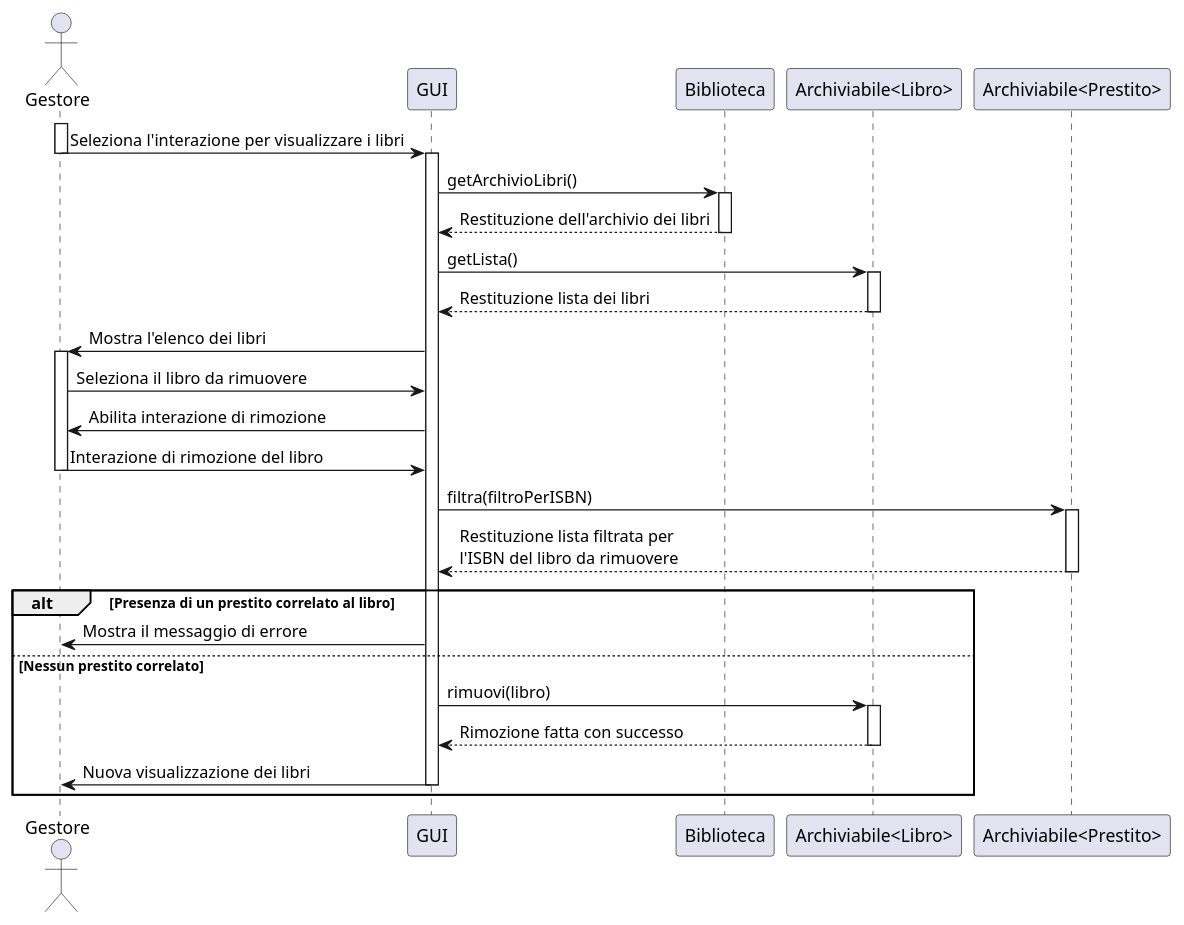
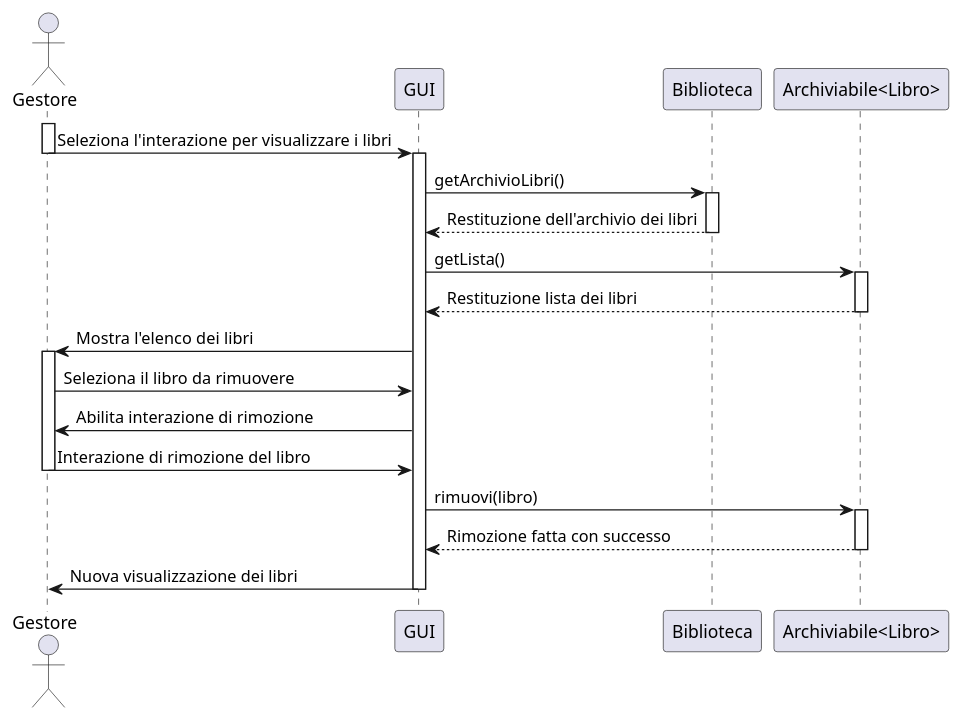
The diagram in docs/uml/DiagrammiSequenza/UMLRimuoviLibro.puml (Meziu/easylibrary), drawn with PlantUML before and after one commit. The commit also changed 7 other files, not shown here.

Commit message:
Nuovi diagrammi design

```diff
--- a/docs/uml/DiagrammiSequenza/UMLRimuoviLibro.puml
+++ b/docs/uml/DiagrammiSequenza/UMLRimuoviLibro.puml
@@ -1,50 +1,38 @@
 @startuml
 actor Gestore as G
 participant "GUI" as UI
 participant "Biblioteca" as B
-participant "Archiviabile<Libro>" as AL
-participant "Archiviabile<Prestito>" as AP
+participant "Archiviabile<Libro>" as A
 
 ' ----- Inizio -----
 activate G
 G -> UI : Seleziona l'interazione per visualizzare i libri
 deactivate G
 activate UI
 UI -> B : getArchivioLibri()
 activate B
 B --> UI : Restituzione dell'archivio dei libri
 deactivate B
 
-UI -> AL : getLista()
-activate AL
-AL --> UI : Restituzione lista dei libri
-deactivate AL
+UI -> A : getLista()
+activate A
+A --> UI : Restituzione lista dei libri
+deactivate A
 
 deactivate B
 UI -> G : Mostra l'elenco dei libri
 activate G
 G -> UI : Seleziona il libro da rimuovere
 UI -> G : Abilita interazione di rimozione
 G -> UI : Interazione di rimozione del libro
 deactivate G
 
-'-- ottieni i prestiti corrispondenti --
-UI -> AP : filtra(filtroPerISBN)
-activate AP
-AP --> UI : Restituzione lista filtrata per \nl'ISBN del libro da rimuovere
-deactivate AP
 
-' ---- Flusso alternativo -----
-alt Presenza di un prestito correlato al libro
-    UI -> G : Mostra il messaggio di errore
-
-else Nessun prestito correlato
-    UI -> AL : rimuovi(libro)
-    activate AL
-    AL --> UI : Rimozione fatta con successo
-    deactivate AL
-    UI -> G : Nuova visualizzazione dei libri
-    deactivate UI
-end
+UI -> A : rimuovi(libro)
+activate A
+A --> UI : Rimozione fatta con successo
+deactivate A
+UI -> G : Nuova visualizzazione dei libri
+deactivate UI
 
 @enduml
```
